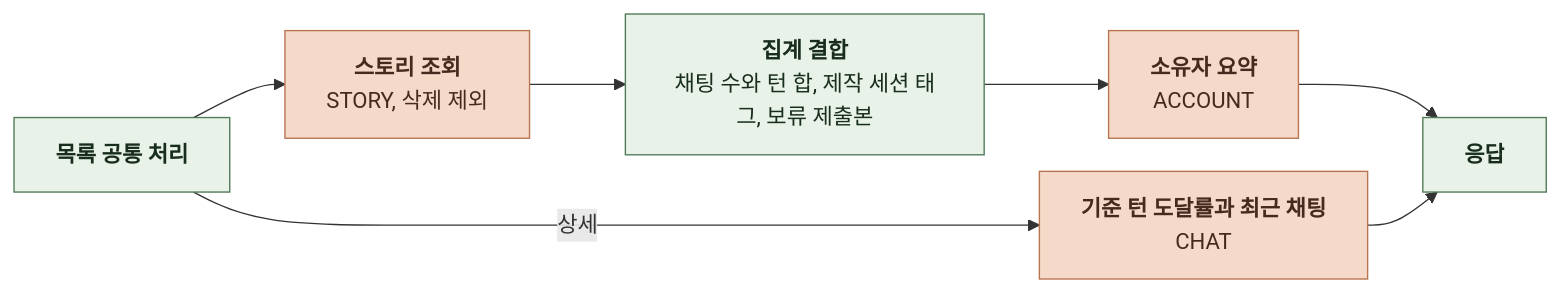
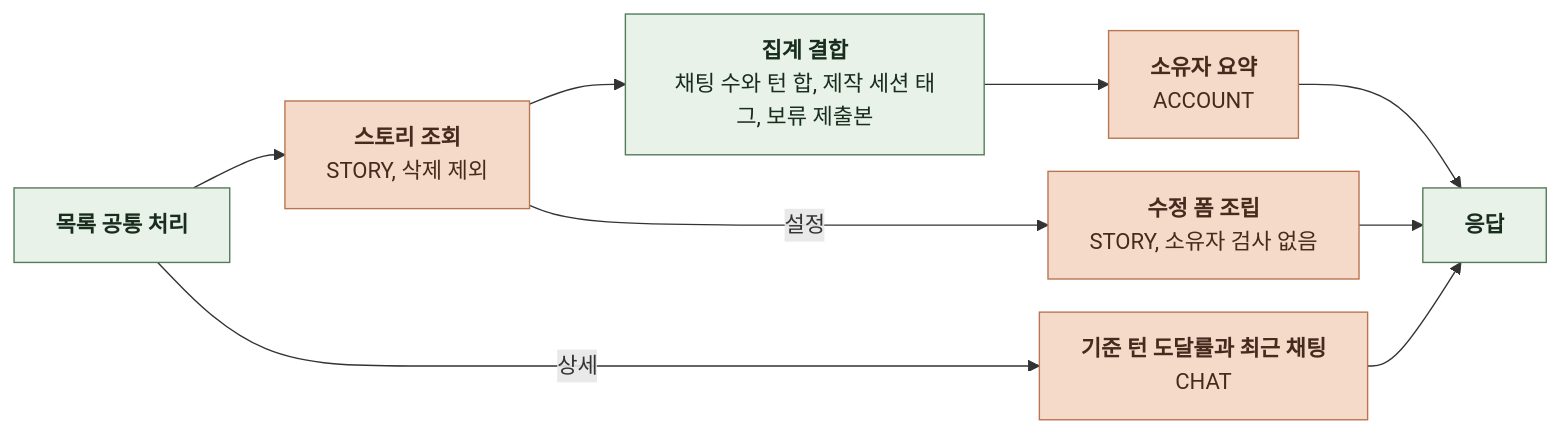
One commit to KIM-N-KANG/knk-harness changed the seventh of 19 diagrams in docs/domain/ADMIN/BACKEND/4-1-PIPELINES.md. Above: the diagram before and after it, drawn with Mermaid. The commit also changed other lines of this file and 13 other files, not shown here.

````diff
--- a/docs/domain/ADMIN/BACKEND/4-1-PIPELINES.md
+++ b/docs/domain/ADMIN/BACKEND/4-1-PIPELINES.md
@@ -191,18 +191,21 @@
 ```mermaid
 %%{init: {"flowchart": {"curve": "basis", "nodeSpacing": 24, "rankSpacing": 40}}}%%
 flowchart LR
     A["`**목록 공통 처리**`"] --> B["`**스토리 조회**
 STORY, 삭제 제외`"]
     B --> C["`**집계 결합**
 채팅 수와 턴 합, 제작 세션 태그, 보류 제출본`"]
     C --> D["`**소유자 요약**
 ACCOUNT`"]
     D --> E["`**응답**`"]
     A -->|상세| F["`**기준 턴 도달률과 최근 채팅**
 CHAT`"]
     F --> E
+    B -->|설정| G["`**수정 폼 조립**
+STORY, 소유자 검사 없음`"]
+    G --> E
     classDef comp fill:#E8F2E8,stroke:#527A59,color:#182D1D
     classDef task fill:#F5D9C9,stroke:#B97450,color:#452B1D
     class A,C,E comp
-    class B,D,F task
+    class B,D,F,G task
 ```
````
